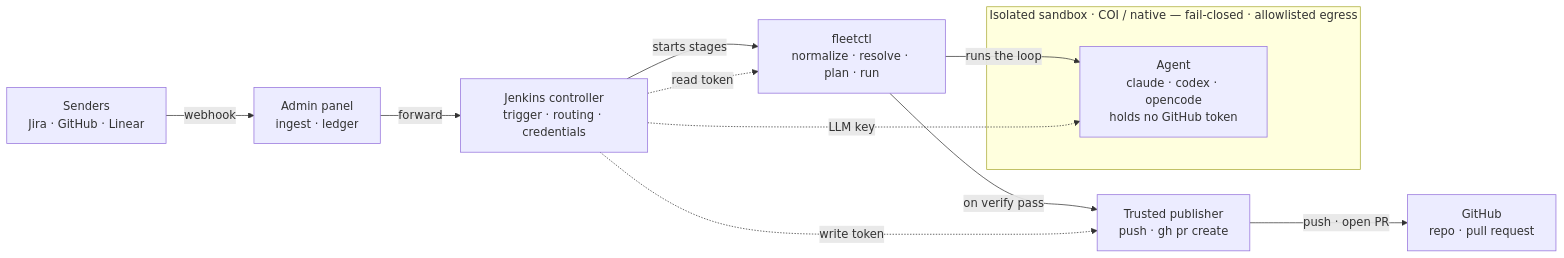
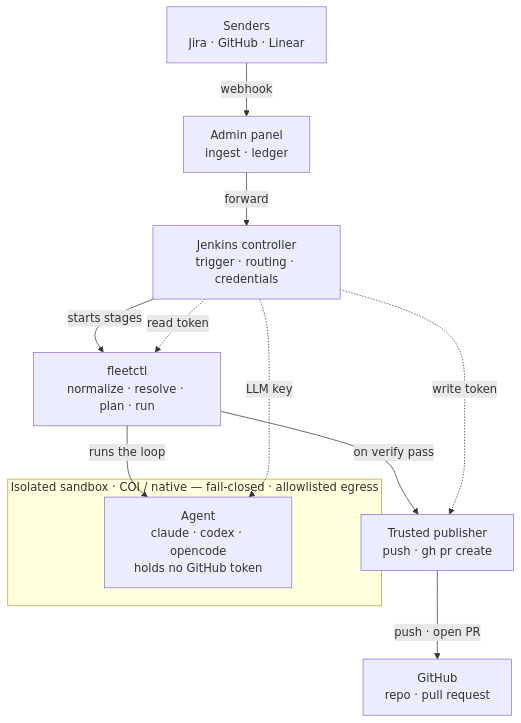
Before and after one commit to wrbl606/fleet: the diagram in README.md, drawn with Mermaid.

````diff
--- a/README.md
+++ b/README.md
@@ -14,25 +14,25 @@
 ```mermaid
-flowchart LR
+flowchart TB
     S["Senders<br/>Jira · GitHub · Linear"]
     A["Admin panel<br/>ingest · ledger"]
     JC["Jenkins controller<br/>trigger · routing · credentials"]
     F["fleetctl<br/>normalize · resolve · plan · run"]
     TP["Trusted publisher<br/>push · gh pr create"]
     GH["GitHub<br/>repo · pull request"]
 
     S -- webhook --> A
     A -- forward --> JC
     JC -- starts stages --> F
     F -- on verify pass --> TP
     TP -- push · open PR --> GH
 
     subgraph SAND["Isolated sandbox · COI / native — fail-closed · allowlisted egress"]
         AG["Agent<br/>claude · codex · opencode<br/>holds no GitHub token"]
     end
 
     F -- runs the loop --> AG
 
     JC -. read token .-> F
     JC -. LLM key .-> AG
     JC -. write token .-> TP
 ```
````
